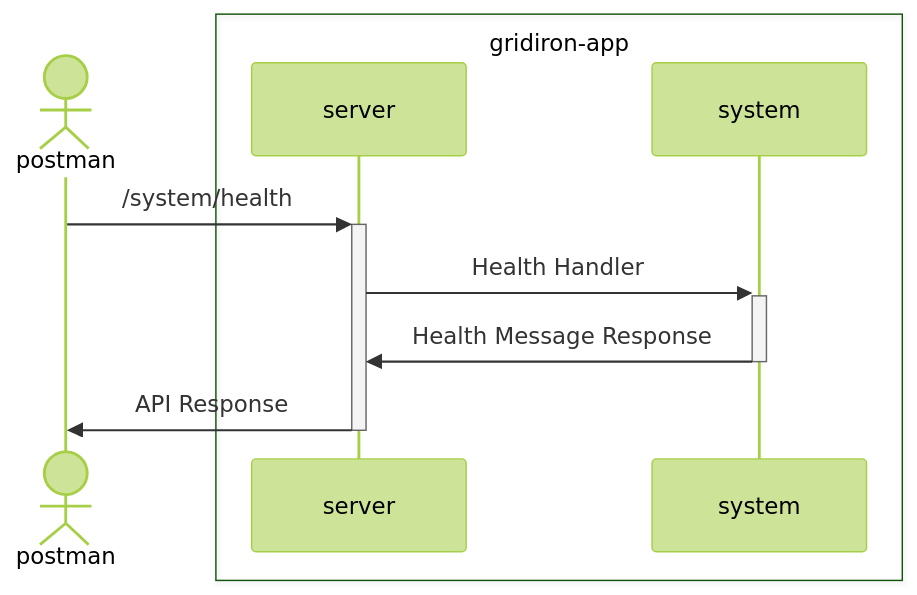
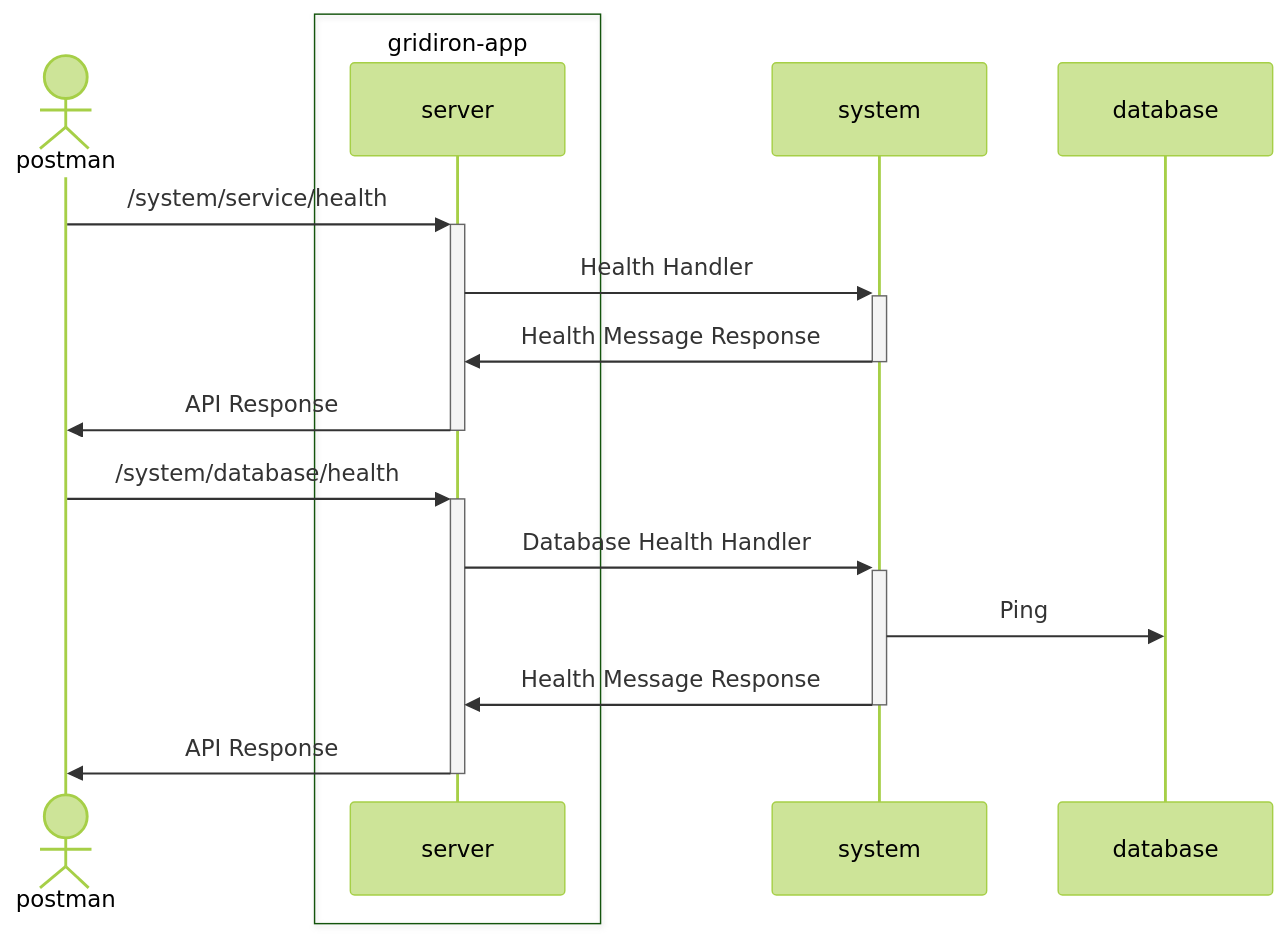
The second of 2 diagrams in docs/TECHNICAL_DESIGN.md (ccthomas/gridiron), drawn with Mermaid (forest theme) before and after one commit. The commit also changed other lines of this file and 17 other files, not shown here.

````diff
--- a/docs/TECHNICAL_DESIGN.md
+++ b/docs/TECHNICAL_DESIGN.md
@@ -38,12 +38,17 @@
 ```mermaid
 sequenceDiagram
     actor postman
     box gridiron-app
     participant server
-    participant system
     end
-    postman->>+server: /system/health
+    postman->>+server: /system/service/health
     server->>+system: Health Handler
     system->>-server: Health Message Response
     server->>-postman: API Response
+
+    postman->>+server: /system/database/health
+    server->>+system: Database Health Handler
+    system->>database: Ping
+    system->>-server: Health Message Response
+    server->>-postman: API Response
 ```
````
